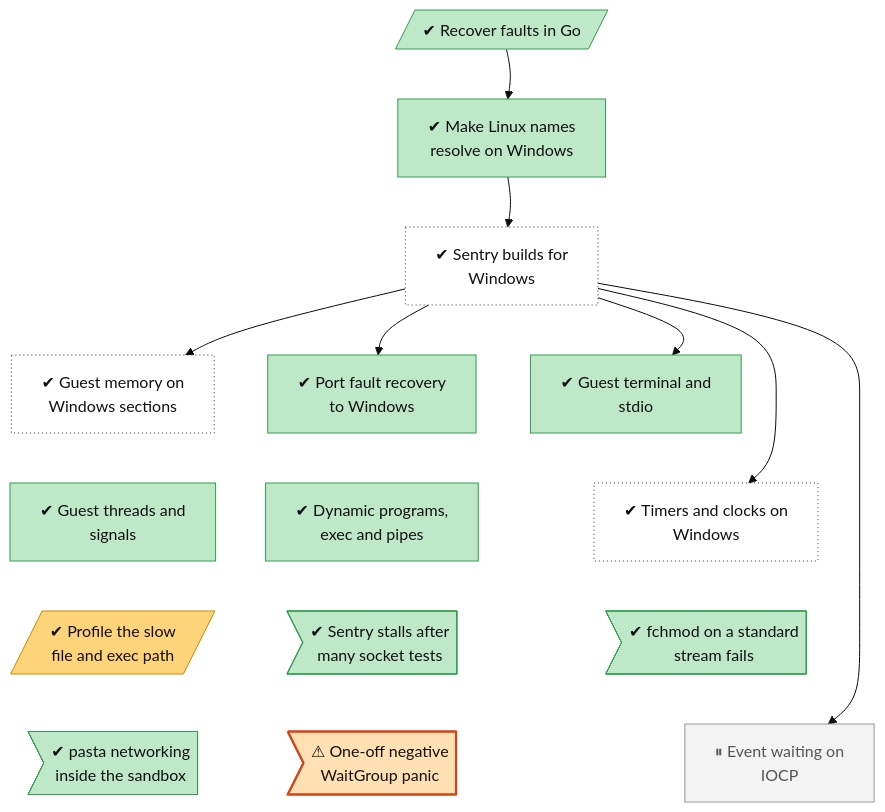
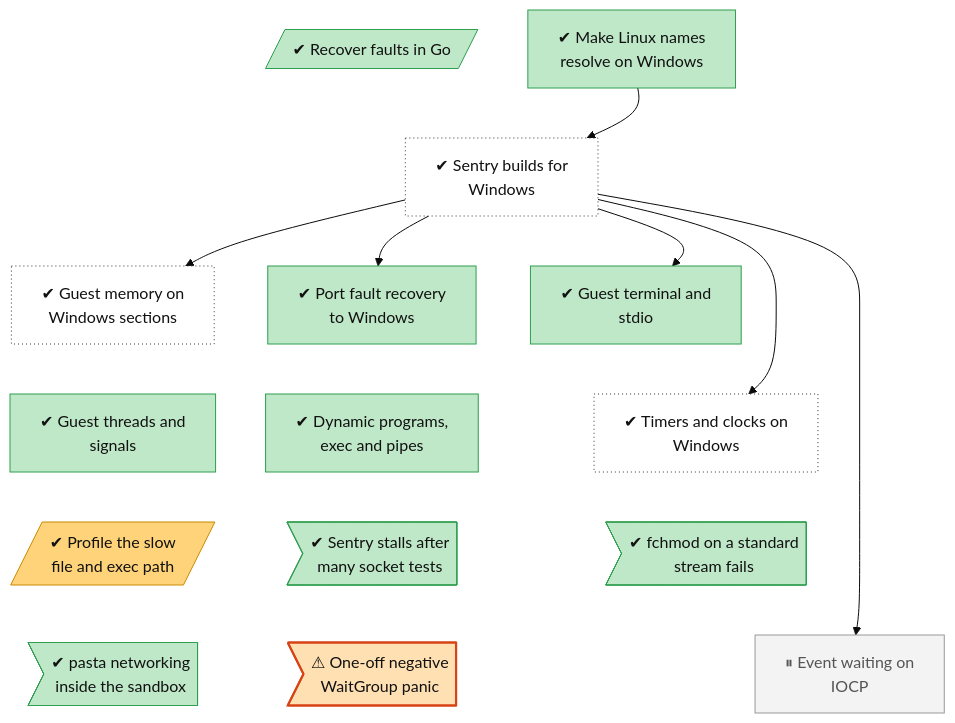
The diagram in docs/roadmap/tracks/sentry.md (lhns/gvisor-windows), drawn with Mermaid (base theme) before and after one commit. The commit also changed 6 other files, not shown here.

````diff
--- a/docs/roadmap/tracks/sentry.md
+++ b/docs/roadmap/tracks/sentry.md
@@ -10,58 +10,57 @@
 ```mermaid
 flowchart TB
     sentry_go_fault_recovery[/"✔ Recover faults in Go"/]
     sentry_unix_shim["✔ Make Linux names<br/>resolve on Windows"]
     sentry_windows_build["✔ Sentry builds for<br/>Windows"]
     sentry_memory_file_sections["✔ Guest memory on<br/>Windows sections"]
     sentry_fault_recovery["✔ Port fault recovery<br/>to Windows"]
     sentry_host_stdio_and_tty["✔ Guest terminal and<br/>stdio"]
     sentry_threads_and_signals["✔ Guest threads and<br/>signals"]
     sentry_dynamic_elf_and_exec["✔ Dynamic programs,<br/>exec and pipes"]
     sentry_timers_and_clocks["✔ Timers and clocks on<br/>Windows"]
     sentry_profile_small_file_path[/"✔ Profile the slow<br/>file and exec path"/]
     sentry_netpoll_failure>"✔ Sentry stalls after<br/>many socket tests"]
     sentry_fchmod_std_stream>"✔ fchmod on a standard<br/>stream fails"]
     sentry_pasta_in_sandbox>"✔ pasta networking<br/>inside the sandbox"]
     sentry_waitgroup_panic>"⚠ One-off negative<br/>WaitGroup panic"]
     sentry_event_loop_iocp["⏸ Event waiting on<br/>IOCP"]
-    sentry_go_fault_recovery ~~~ sentry_unix_shim
+    sentry_go_fault_recovery ~~~ sentry_windows_build
     sentry_unix_shim ~~~ sentry_windows_build
     sentry_windows_build ~~~ sentry_memory_file_sections
     sentry_windows_build ~~~ sentry_fault_recovery
     sentry_windows_build ~~~ sentry_host_stdio_and_tty
     sentry_memory_file_sections ~~~ sentry_threads_and_signals
     sentry_fault_recovery ~~~ sentry_dynamic_elf_and_exec
     sentry_host_stdio_and_tty ~~~ sentry_timers_and_clocks
     sentry_threads_and_signals ~~~ sentry_profile_small_file_path
     sentry_dynamic_elf_and_exec ~~~ sentry_netpoll_failure
     sentry_timers_and_clocks ~~~ sentry_fchmod_std_stream
     sentry_profile_small_file_path ~~~ sentry_pasta_in_sandbox
     sentry_netpoll_failure ~~~ sentry_waitgroup_panic
     sentry_fchmod_std_stream ~~~ sentry_event_loop_iocp
-    sentry_go_fault_recovery --> sentry_unix_shim
     sentry_unix_shim --> sentry_windows_build
     sentry_windows_build --> sentry_memory_file_sections
     sentry_windows_build --> sentry_fault_recovery
     sentry_windows_build --> sentry_host_stdio_and_tty
     sentry_windows_build --> sentry_timers_and_clocks
     sentry_windows_build --> sentry_event_loop_iocp
     classDef vsucc fill:#2e9e4f,stroke:#1b6b34,color:#fff
     classDef succ fill:#bfe8c8,stroke:#2e9e4f,color:#111
     classDef mixed fill:#ffd37a,stroke:#c98a00,color:#111
     classDef bad fill:#f28b82,stroke:#b3261e,color:#111
     classDef dead fill:#e6e6e6,stroke:#777,stroke-dasharray:5 5,color:#555
     classDef inprog fill:#a8cdf5,stroke:#1f6fc5,color:#111
     classDef next fill:#fff,stroke:#333,color:#111
     classDef blocked fill:#fff,stroke:#b3261e,stroke-dasharray:2 2,color:#111
     classDef parked fill:#f3f3f3,stroke:#999,color:#555
     classDef unrated fill:#fff,stroke:#333,stroke-dasharray:1 3,color:#111
     classDef gate fill:#d9c2f0,stroke:#7b3fb5,color:#111
     classDef decided fill:#ece0f7,stroke:#7b3fb5,stroke-dasharray:2 2,color:#111
     classDef finding fill:#ffe0b2,stroke:#d84315,stroke-width:2px,color:#111
     classDef waiting fill:#e3f2fd,stroke:#1f6fc5,stroke-dasharray:5 5,color:#111
     class sentry_go_fault_recovery,sentry_unix_shim,sentry_fault_recovery,sentry_host_stdio_and_tty,sentry_threads_and_signals,sentry_dynamic_elf_and_exec,sentry_netpoll_failure,sentry_fchmod_std_stream,sentry_pasta_in_sandbox succ
     class sentry_windows_build,sentry_memory_file_sections,sentry_timers_and_clocks unrated
     class sentry_profile_small_file_path mixed
     class sentry_waitgroup_panic finding
     class sentry_event_loop_iocp parked
 ```
````
